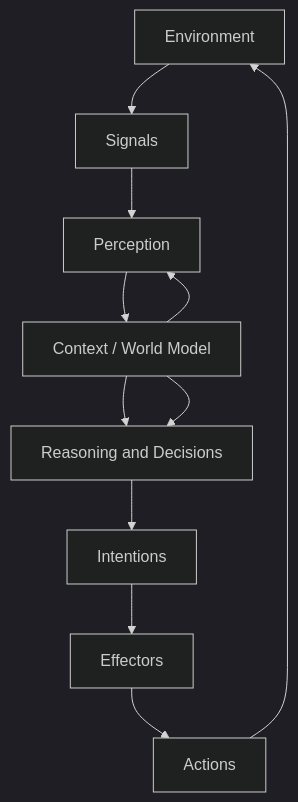
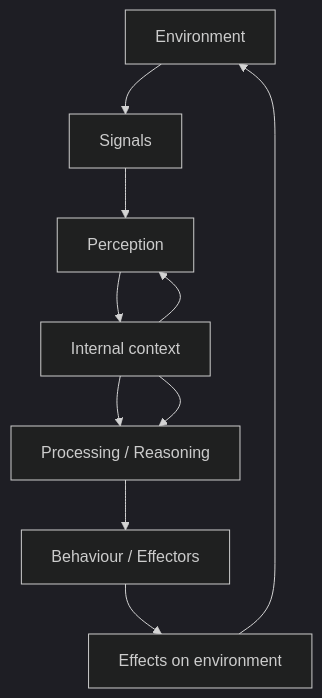
One commit to skasti/skyn-vaettr changed the first of 13 diagrams in docs/architecture.md. Above: the diagram before and after it, drawn with Mermaid (dark theme). The commit also changed other lines of this file, not shown here.

````diff
--- a/docs/architecture.md
+++ b/docs/architecture.md
@@ -49,23 +49,21 @@
 ```mermaid
 flowchart TD
     ENV[Environment]
     SIG[Signals]
     PER[Perception]
-    WM[Context / World Model]
-    REA[Reasoning and Decisions]
-    INT[Intentions]
-    EFF[Effectors]
-    ACT[Actions]
+    CTX[Internal context]
+    PROC[Processing / Reasoning]
+    BEH[Behaviour / Effectors]
+    ACT[Effects on environment]
 
     ENV --> SIG
     SIG --> PER
-    PER --> WM
-    WM --> REA
-    REA --> INT
-    INT --> EFF
-    EFF --> ACT
+    PER --> CTX
+    CTX --> PROC
+    PROC --> BEH
+    BEH --> ACT
     ACT --> ENV
 
-    WM --> PER
-    WM --> REA
+    CTX --> PER
+    CTX --> PROC
 ```
````
